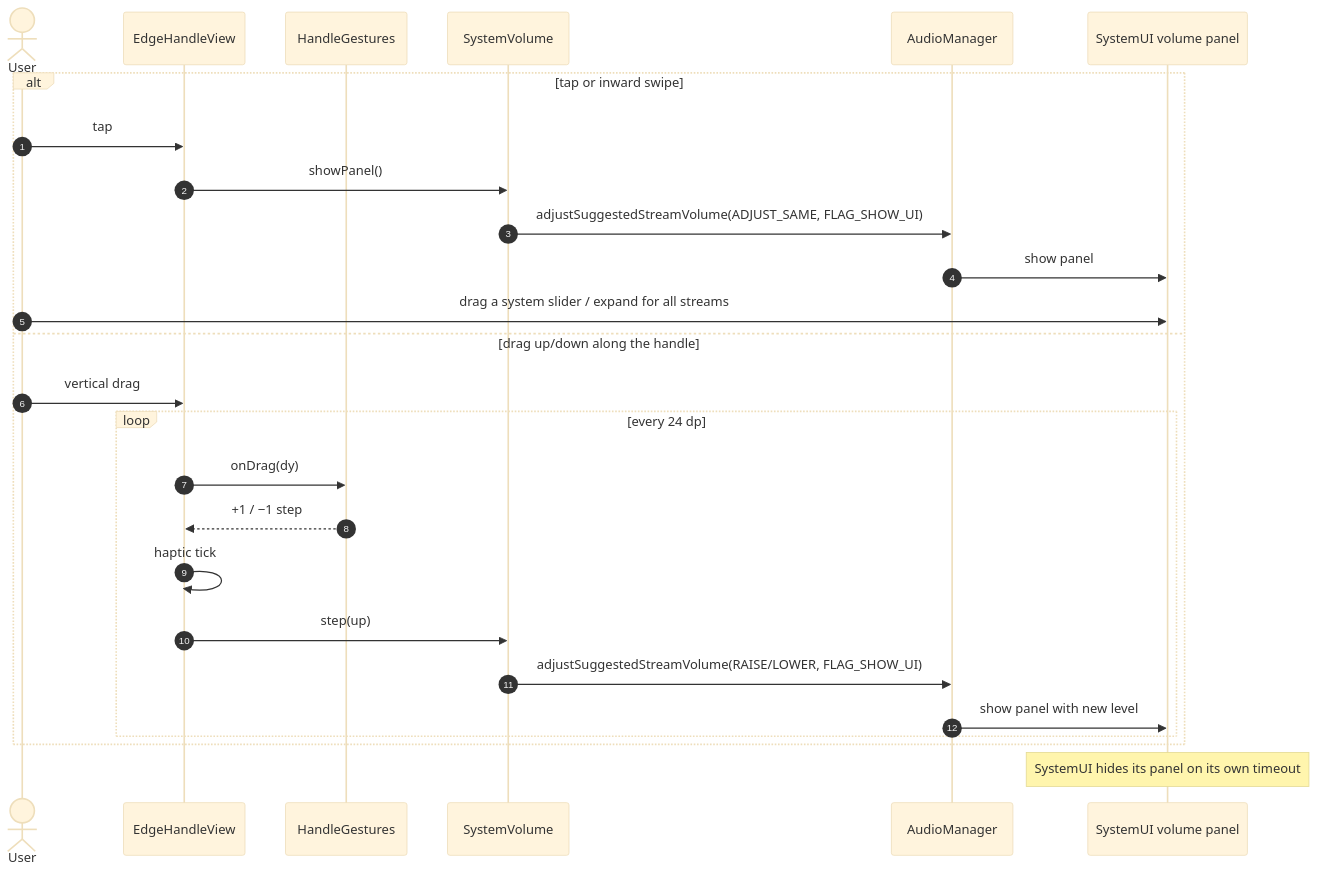
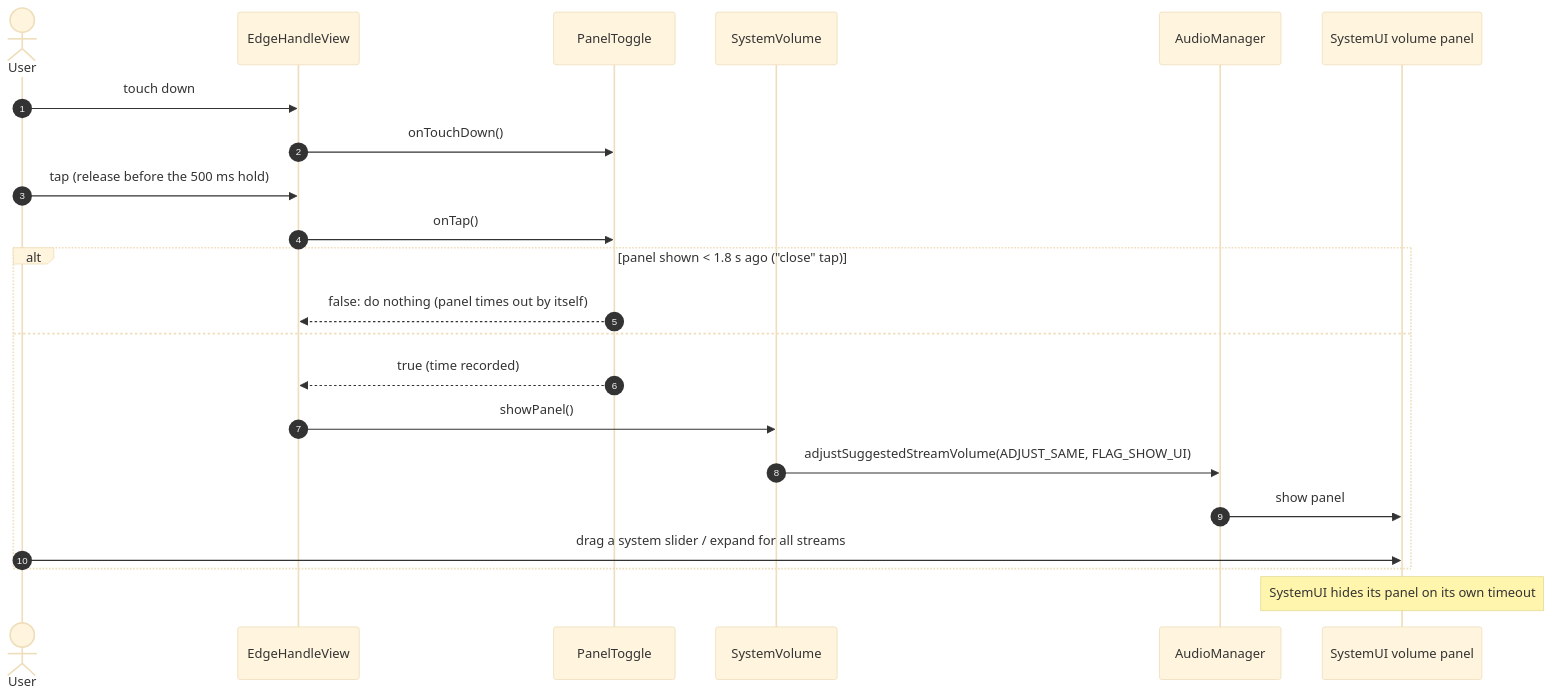
One commit to Shivu-patil0/EdgeVol changed the first of 3 diagrams in docs/03-architecture.md. Above: the diagram before and after it, drawn with Mermaid (base theme). The commit also changed other lines of this file and 11 other files, not shown here.

Commit message:
docs: record M2.1 (tap toggle, hold-drag-snap, prefs, running status) and device findings

````diff
--- a/docs/03-architecture.md
+++ b/docs/03-architecture.md
@@ -54,28 +53,24 @@
 ```mermaid
 sequenceDiagram
     autonumber
     actor U as User
     participant H as EdgeHandleView
-    participant G as HandleGestures
+    participant T as PanelToggle
     participant V as SystemVolume
     participant AM as AudioManager
     participant SUI as SystemUI volume panel
-    alt tap or inward swipe
-        U->>H: tap
+    U->>H: touch down
+    H->>T: onTouchDown()
+    U->>H: tap (release before the 500 ms hold)
+    H->>T: onTap()
+    alt panel shown < 1.8 s ago ("close" tap)
+        T-->>H: false: do nothing (panel times out by itself)
+    else
+        T-->>H: true (time recorded)
         H->>V: showPanel()
         V->>AM: adjustSuggestedStreamVolume(ADJUST_SAME, FLAG_SHOW_UI)
         AM->>SUI: show panel
         U->>SUI: drag a system slider / expand for all streams
-    else drag up/down along the handle
-        U->>H: vertical drag
-        loop every 24 dp
-            H->>G: onDrag(dy)
-            G-->>H: +1 / −1 step
-            H->>H: haptic tick
-            H->>V: step(up)
-            V->>AM: adjustSuggestedStreamVolume(RAISE/LOWER, FLAG_SHOW_UI)
-            AM->>SUI: show panel with new level
-        end
     end
     Note over SUI: SystemUI hides its panel on its own timeout
 ```
````
